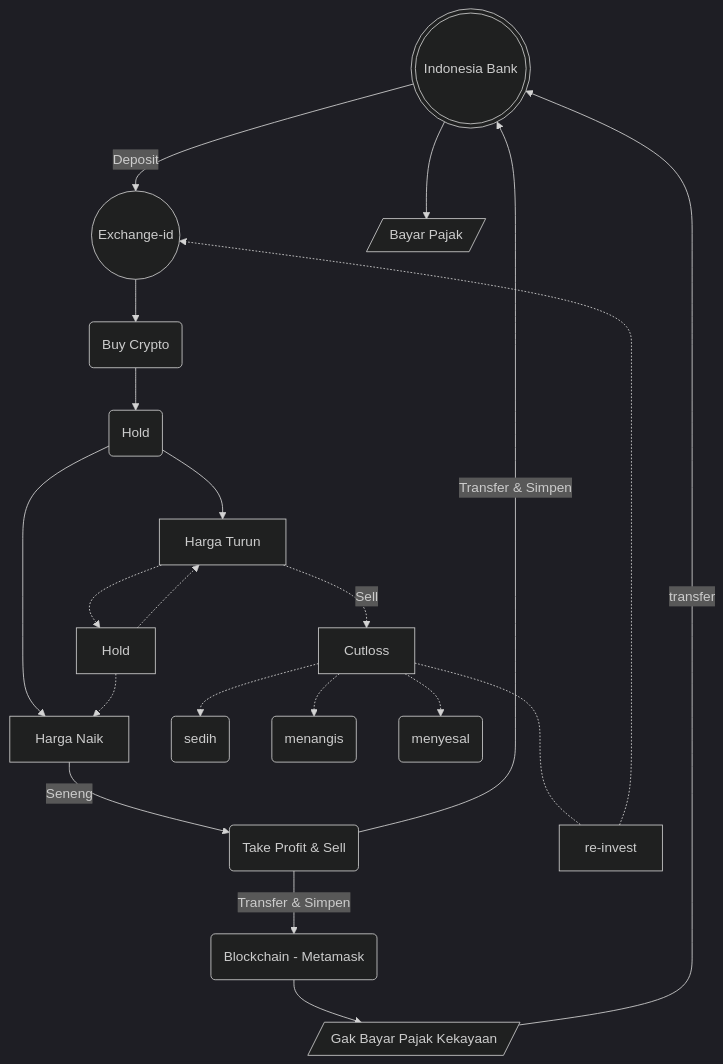
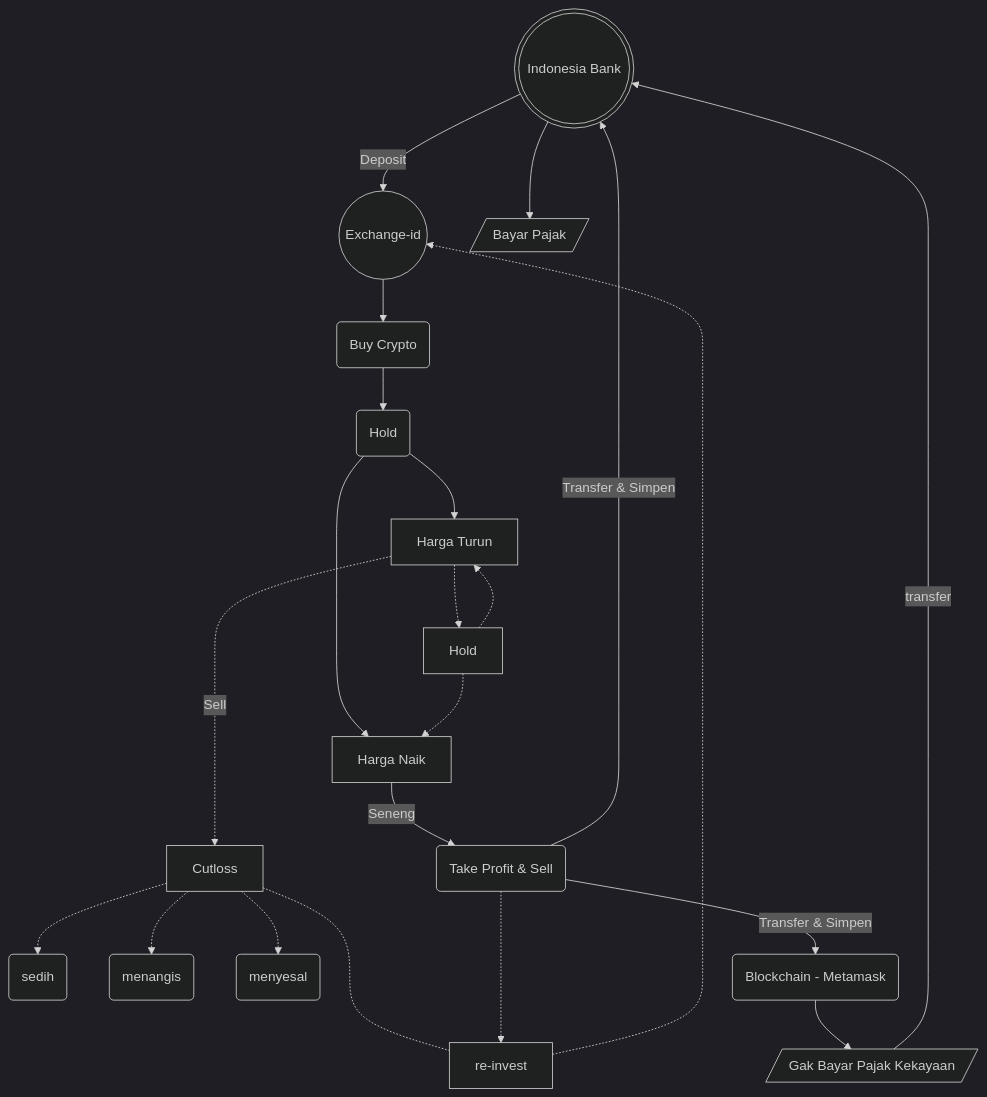
The diagram in content/posts/crypto-diagram.md (nescatfe/tea), drawn with Mermaid (dark theme) before and after one commit. The commit also changed other lines of this file, not shown here.

Commit message:
Update Lining #3

````diff
--- a/content/posts/crypto-diagram.md
+++ b/content/posts/crypto-diagram.md
@@ -18,22 +19,23 @@
 ```mermaid
 flowchart TB
 
 A(((Indonesia Bank))) -->|Deposit| B((Exchange-id))
 B --> BC(Buy Crypto)
 BC --> C(Hold)
 C --> D[Harga Naik] -->|Seneng| H(Take Profit & Sell)
 C --> E[Harga Turun]
 E -.->|Sell| F[Cutloss]
-F -..- re-invest -.-> B
+F -..- RI[re-invest] -.-> B
+H -..-> RI
 E -.-> G[Hold]
 G -.-> D
 G -.-> E
 H -->|Transfer & Simpen| A
 F -.-> I(sedih)
 F -.-> J(menangis)
 F -.-> K(menyesal)
 A --> PJ[/Bayar Pajak/]
 H -->|Transfer & Simpen| block(Blockchain - Metamask)
 block --> GP[/Gak Bayar Pajak Kekayaan/]
 GP -->|transfer| A
 ```
````
